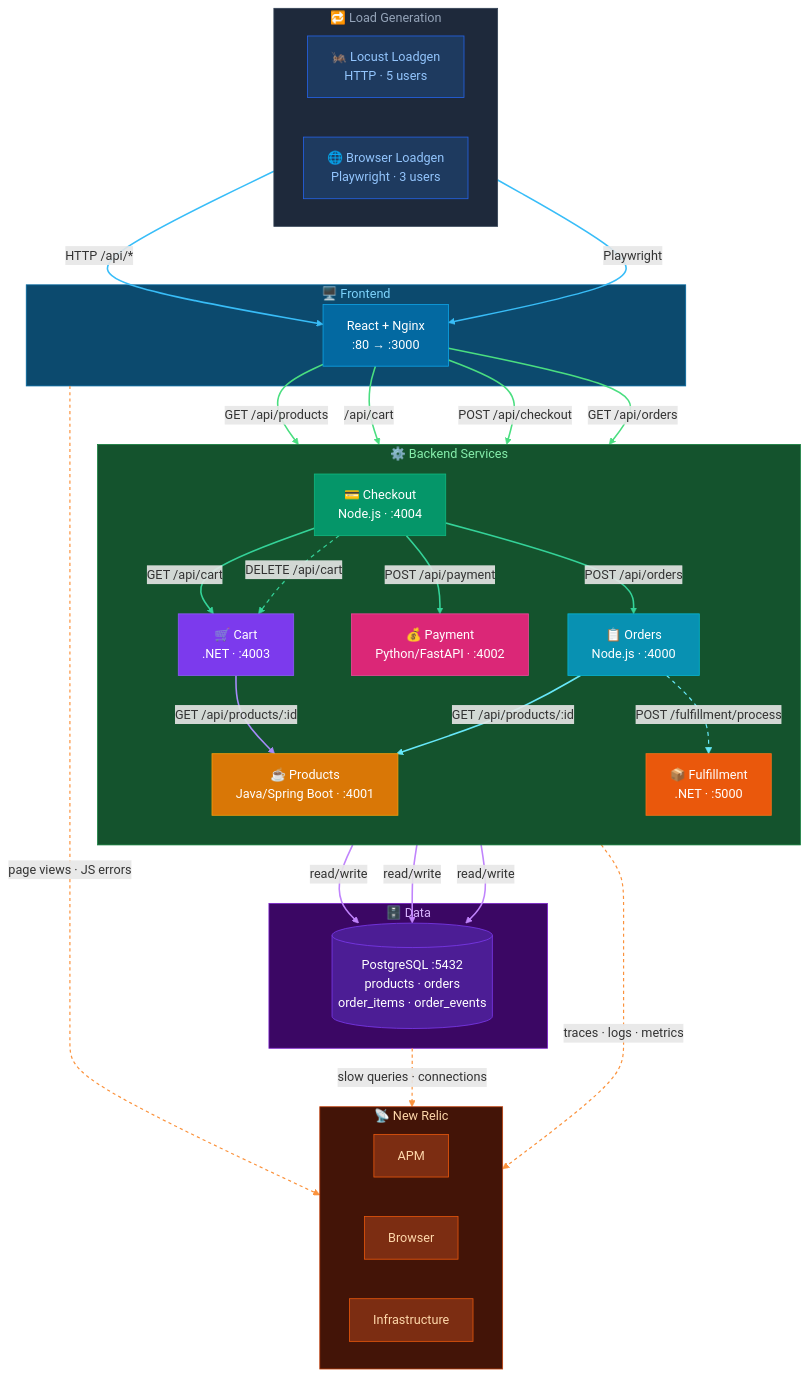
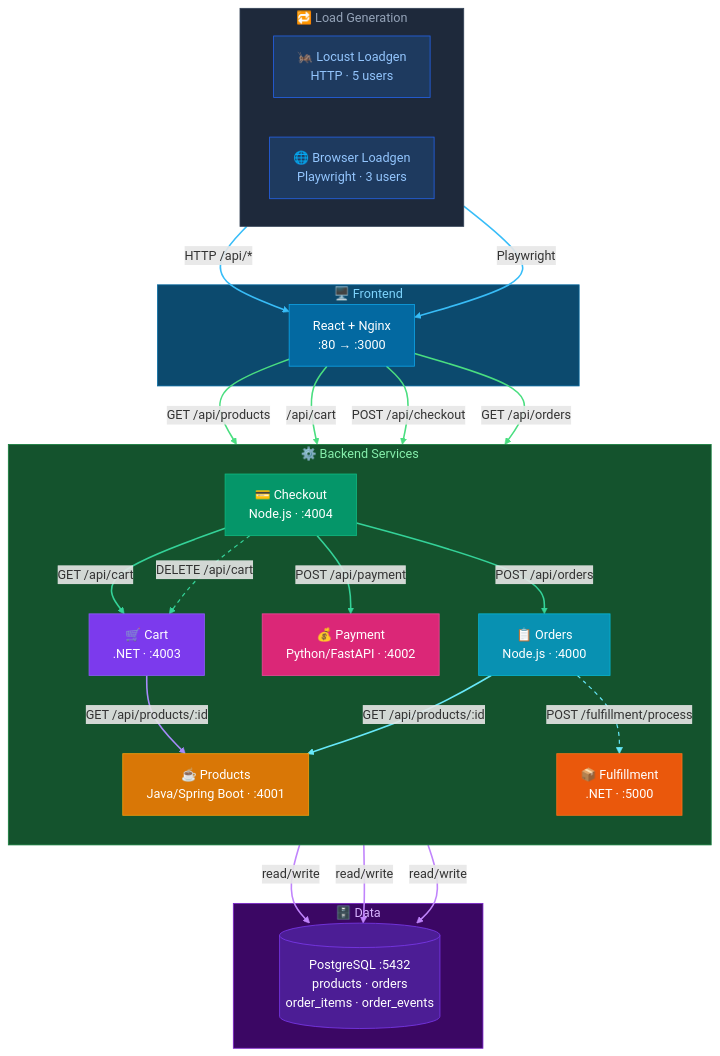
One commit to bpschmitt/cosmic-coffee-demo changed the diagram in README.md. Above: the diagram before and after it, drawn with Mermaid. The commit also changed 6 other files, not shown here.

First line of the commit message:
Remove New Relic APM instrumentation from checkout and orders

````diff
--- a/README.md
+++ b/README.md
@@ -85,13 +85,6 @@
 
     subgraph Data["🗄️ Data"]
         DB[("PostgreSQL :5432<br/>products · orders<br/>order_items · order_events")]
-    end
-
-    subgraph Observability["📡 New Relic"]
-        direction LR
-        APM["APM"]
-        BrowserMon["Browser"]
-        Infra["Infrastructure"]
     end
 
     %% Load generators → Frontend
@@ -122,17 +115,11 @@
     Orders -->|"read/write"| DB
     Fulfillment -->|"read/write"| DB
 
-    %% Observability
-    Services -.->|"traces · logs · metrics"| APM
-    FE       -.->|"page views · JS errors"| BrowserMon
-    Data     -.->|"slow queries · connections"| Infra
-
     %% Styles
     style Load        fill:#1e293b,stroke:#334155,color:#94a3b8
     style FE          fill:#0c4a6e,stroke:#0369a1,color:#7dd3fc
     style Services    fill:#14532d,stroke:#15803d,color:#86efac
     style Data        fill:#3b0764,stroke:#7e22ce,color:#d8b4fe
-    style Observability fill:#431407,stroke:#c2410c,color:#fed7aa
 
     style Locust      fill:#1e3a5f,stroke:#2563eb,color:#93c5fd
     style Browser     fill:#1e3a5f,stroke:#2563eb,color:#93c5fd
@@ -144,9 +131,6 @@
     style Orders      fill:#0891b2,stroke:#06b6d4,color:#ffffff
     style Fulfillment fill:#ea580c,stroke:#f97316,color:#ffffff
     style DB          fill:#4c1d95,stroke:#7c3aed,color:#ffffff
-    style APM         fill:#7c2d12,stroke:#ea580c,color:#fed7aa
-    style BrowserMon  fill:#7c2d12,stroke:#ea580c,color:#fed7aa
-    style Infra       fill:#7c2d12,stroke:#ea580c,color:#fed7aa
 
     %% Link styles: solid user-facing flows, dashed async/background
     linkStyle 0,1         stroke:#38bdf8,stroke-width:2px
@@ -157,5 +141,4 @@
     linkStyle 11          stroke:#67e8f9,stroke-width:2px
     linkStyle 12          stroke:#67e8f9,stroke-width:1.5px,stroke-dasharray:5
     linkStyle 13,14,15    stroke:#c084fc,stroke-width:2px
-    linkStyle 16,17,18    stroke:#fb923c,stroke-width:1.5px,stroke-dasharray:4
 ```
````
